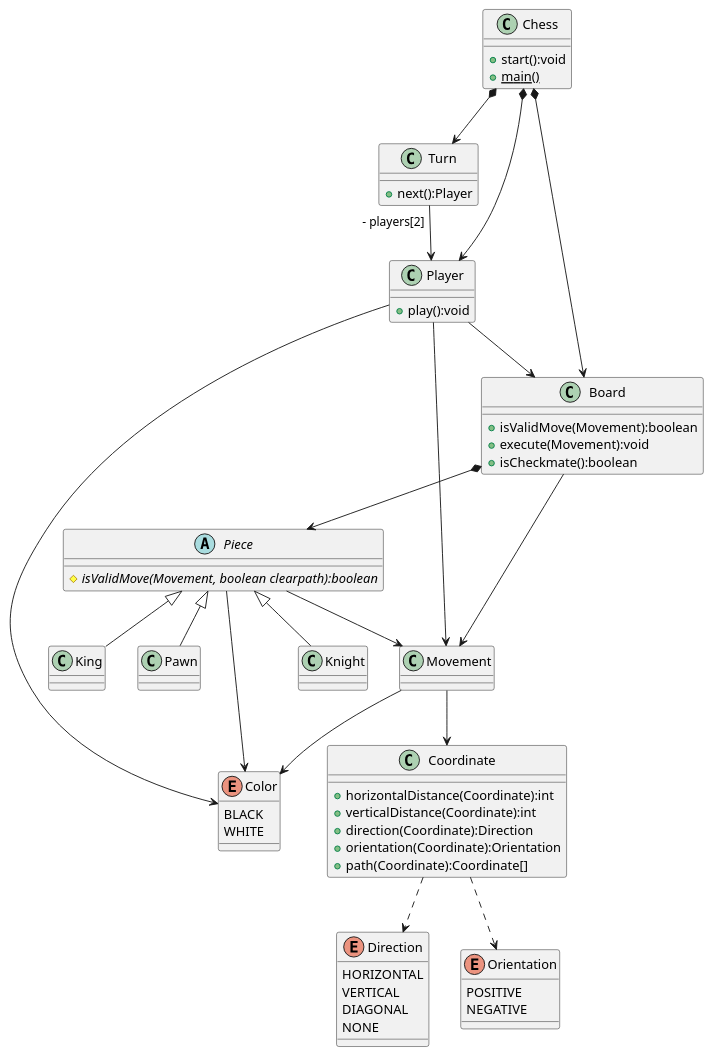
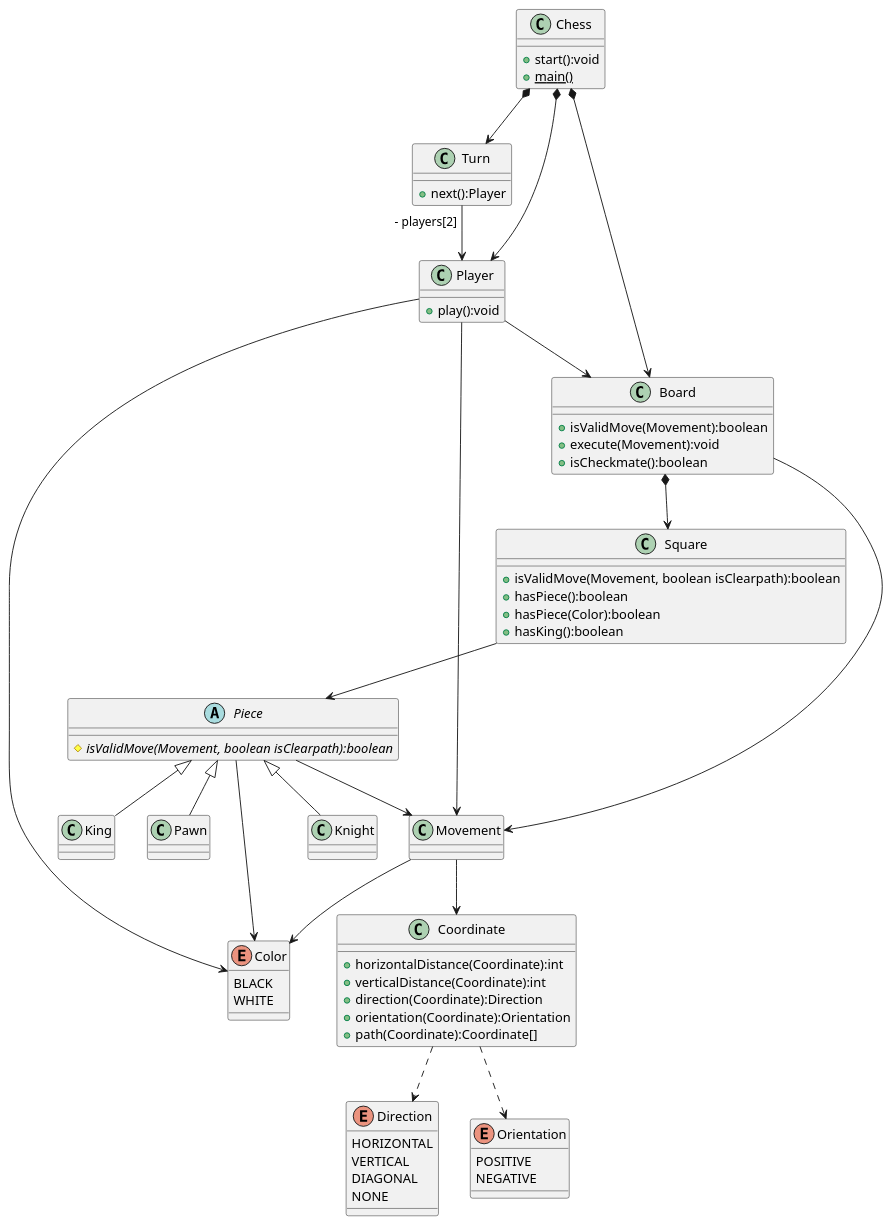
One commit to ioni5/chess changed the diagram in docs/chess.puml. Above: the diagram before and after it, drawn with PlantUML. The commit also changed 3 other files, not shown here.

```diff
--- a/docs/chess.puml
+++ b/docs/chess.puml
@@ -1,75 +1,84 @@
 @startuml chess
 
 class Chess {
     + start():void
     + {static} main()
 }
 
 Chess *--> Board
 Chess *--> Player
 Chess *--> Turn
 
 Turn "- players[2]" --> Player
 
 class Turn {
     + next():Player
 }
 
 Player --> Board
 Player --> Color
 Player --> Movement
 
 Movement --> Coordinate
 Movement --> Color
 
 
 class Player {
     + play():void
 }
 
 
 class Board {
     + isValidMove(Movement):boolean
     + execute(Movement):void
     + isCheckmate():boolean
 }
 
-Board *--> Piece
+Board *--> Square
+Square --> Piece
+
+class Square {
+    + isValidMove(Movement, boolean isClearpath):boolean
+    + hasPiece():boolean
+    + hasPiece(Color):boolean
+    + hasKing():boolean
+}
+
 Board --> Movement
 Piece --> Color
 Piece --> Movement
 
 abstract class Piece {
-    # {abstract} isValidMove(Movement, boolean clearpath):boolean
+    # {abstract} isValidMove(Movement, boolean isClearpath):boolean
 }
 
 Piece <|-- Pawn
 Piece <|-- Knight
 Piece <|-- King
 
 Enum Color {
     BLACK
     WHITE
 }
 
 class Coordinate {
     + horizontalDistance(Coordinate):int
     + verticalDistance(Coordinate):int
     + direction(Coordinate):Direction
     + orientation(Coordinate):Orientation
     + path(Coordinate):Coordinate[]
 }
 Coordinate ..> Direction
 enum Direction {
     HORIZONTAL
     VERTICAL
     DIAGONAL
     NONE
 }
 Coordinate ..> Orientation
 enum Orientation {
     POSITIVE
     NEGATIVE
 }
 
 @enduml
```
